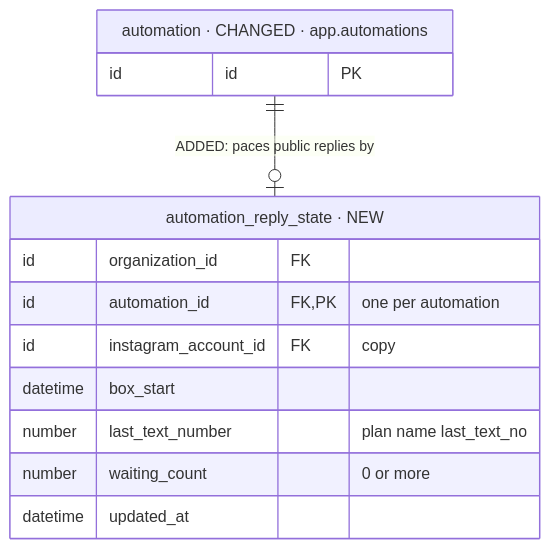
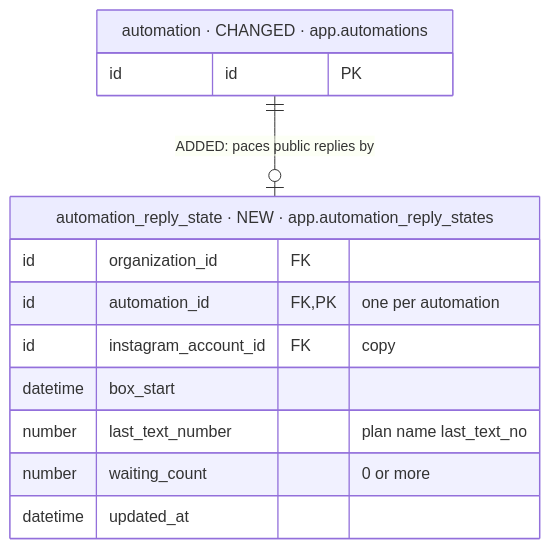
Diagram 12 of 39 in iterations/feat-instagram-dm-sending-2026-11-23-oxak/plans/db-changes.md (albetrios/meepzo-be), drawn with Mermaid before and after one commit. The commit also changed other lines of this file and 3 other files, not shown here.

````diff
--- a/iterations/feat-instagram-dm-sending-2026-11-23-oxak/plans/db-changes.md
+++ b/iterations/feat-instagram-dm-sending-2026-11-23-oxak/plans/db-changes.md
@@ -609,16 +613,16 @@
 ```mermaid
 erDiagram
-  automation_reply_state["automation_reply_state · NEW"] {
+  automation_reply_state["automation_reply_state · NEW · app.automation_reply_states"] {
     id organization_id FK
     id automation_id FK, PK "one per automation"
     id instagram_account_id FK "copy"
     datetime box_start
     number last_text_number "plan name last_text_no"
     number waiting_count "0 or more"
     datetime updated_at
   }
   automation["automation · CHANGED · app.automations"] {
     id id PK
   }
   automation ||--o| automation_reply_state : "ADDED: paces public replies by"
 ```
````
